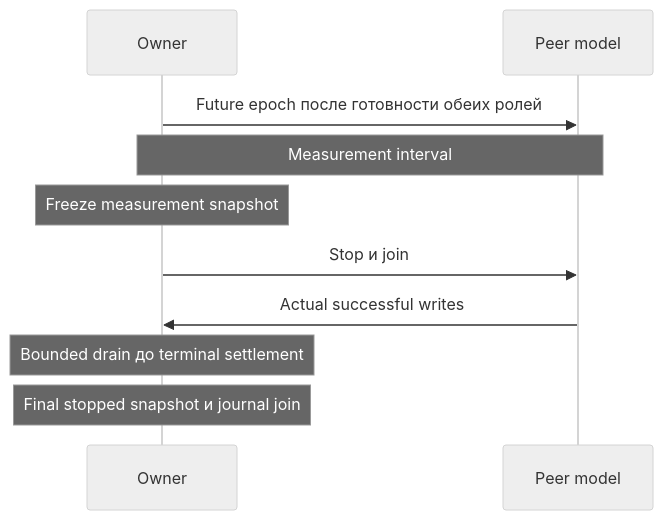
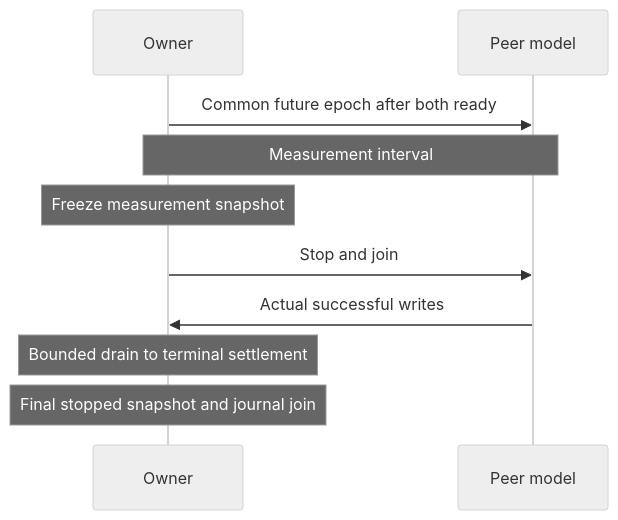
Before and after one commit to dantte-lp/gobfd: the diagram in docs/ru/adr/0007-workload-phase-accounting.md, drawn with Mermaid (neutral theme). The commit also changed other lines of this file and 52 other files, not shown here.

````diff
--- a/docs/ru/adr/0007-workload-phase-accounting.md
+++ b/docs/ru/adr/0007-workload-phase-accounting.md
@@ -30,12 +36,12 @@
 ```mermaid
 sequenceDiagram
     participant O as Owner
     participant P as Peer model
-    O->>P: Future epoch после готовности обеих ролей
+    O->>P: Common future epoch after both ready
     Note over O,P: Measurement interval
     Note over O: Freeze measurement snapshot
-    O->>P: Stop и join
+    O->>P: Stop and join
     P->>O: Actual successful writes
-    Note over O: Bounded drain до terminal settlement
-    Note over O: Final stopped snapshot и journal join
+    Note over O: Bounded drain to terminal settlement
+    Note over O: Final stopped snapshot and journal join
 ```
````
